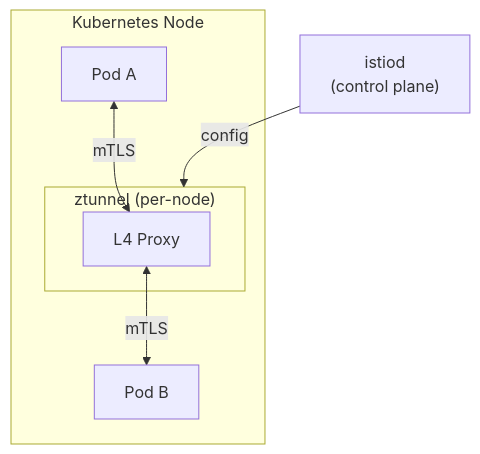
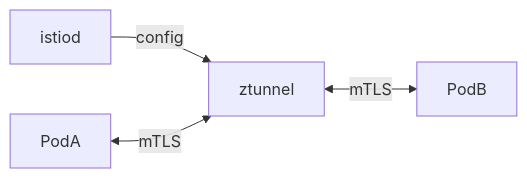
The seventh of 8 diagrams in README.md (tomasz-wostal-eu/cd-homelab), drawn with Mermaid before and after one commit. The commit also changed other lines of this file, not shown here.

````diff
--- a/README.md
+++ b/README.md
@@ -420,16 +285,5 @@
 ```mermaid
-flowchart TB
-    subgraph Node["Kubernetes Node"]
-        subgraph Ztunnel["ztunnel (per-node)"]
-            L4["L4 Proxy"]
-        end
-
-        Pod1["Pod A"]
-        Pod2["Pod B"]
-    end
-
-    Pod1 <-->|mTLS| L4
-    L4 <-->|mTLS| Pod2
-
-    Istiod["istiod<br/>(control plane)"] -->|config| Ztunnel
+flowchart LR
+    istiod -->|config| ztunnel
+    PodA <-->|mTLS| ztunnel <-->|mTLS| PodB
 ```
````
